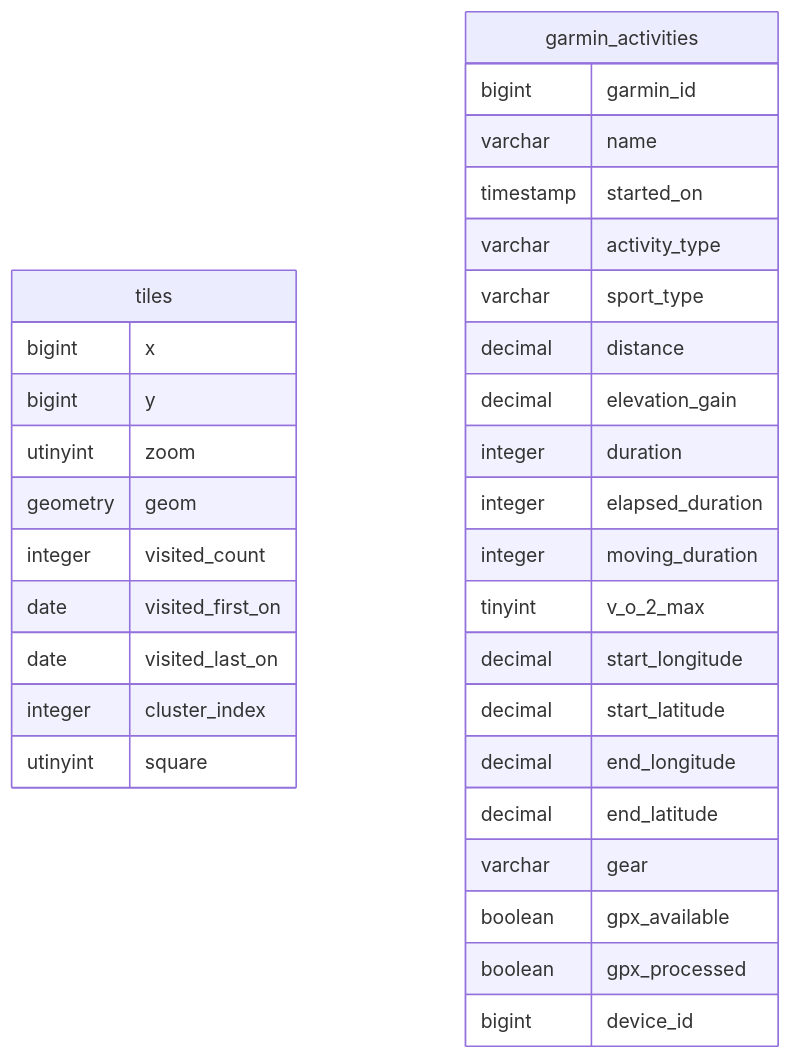
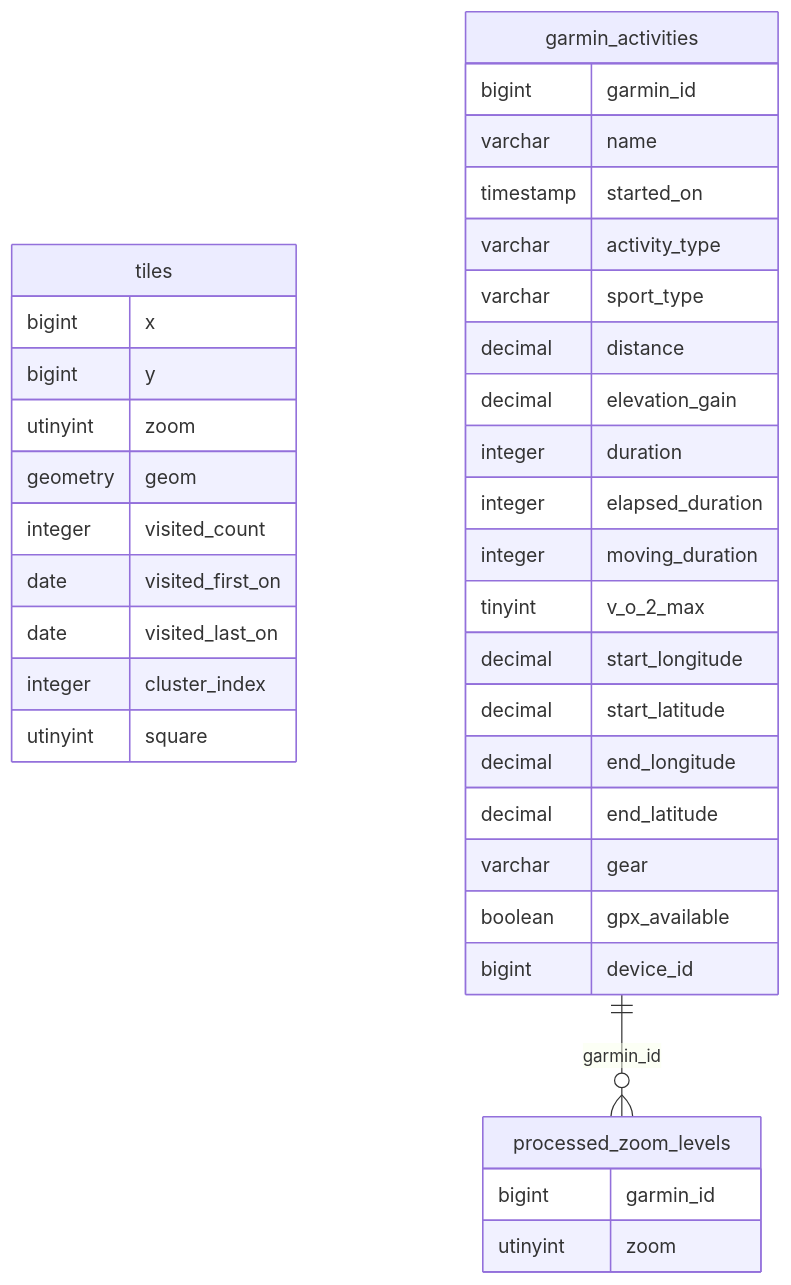
Before and after one commit to michael-simons/running-free: the diagram in blog/explorer.md, drawn with Mermaid. The commit also changed other lines of this file and 14 other files, not shown here.

````diff
--- a/blog/explorer.md
+++ b/blog/explorer.md
@@ -87,5 +87,7 @@
 ```mermaid
 erDiagram
     tiles {bigint x bigint y utinyint zoom geometry geom integer visited_count date visited_first_on date visited_last_on integer cluster_index utinyint square}
-    garmin_activities {bigint garmin_id varchar name timestamp started_on varchar activity_type varchar sport_type decimal distance decimal elevation_gain integer duration integer elapsed_duration integer moving_duration tinyint v_o_2_max decimal start_longitude decimal start_latitude decimal end_longitude decimal end_latitude varchar gear boolean gpx_available boolean gpx_processed bigint device_id}
+    garmin_activities {bigint garmin_id varchar name timestamp started_on varchar activity_type varchar sport_type decimal distance decimal elevation_gain integer duration integer elapsed_duration integer moving_duration tinyint v_o_2_max decimal start_longitude decimal start_latitude decimal end_longitude decimal end_latitude varchar gear boolean gpx_available bigint device_id}
+    processed_zoom_levels {bigint garmin_id utinyint zoom}
+    garmin_activities ||--o{ processed_zoom_levels : "garmin_id"
 ```
````
